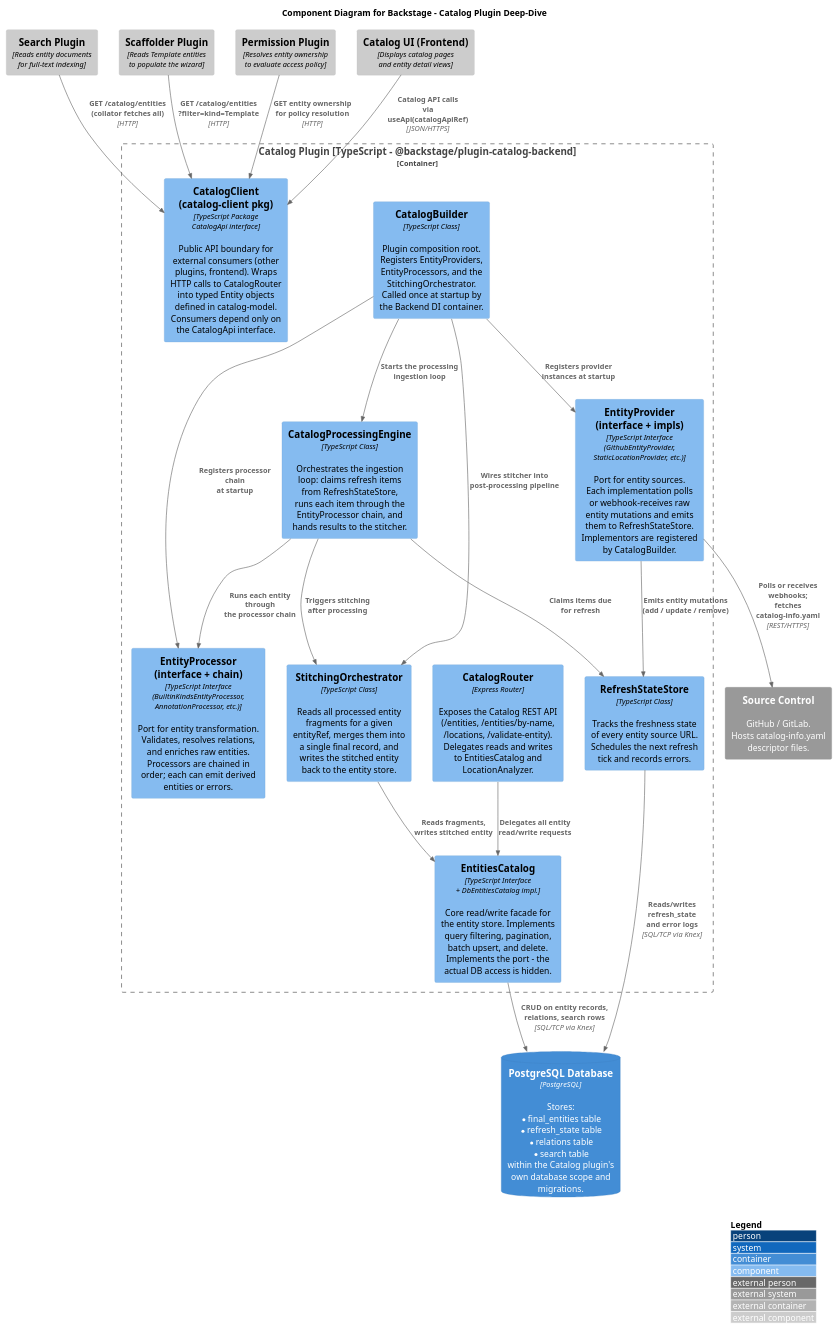
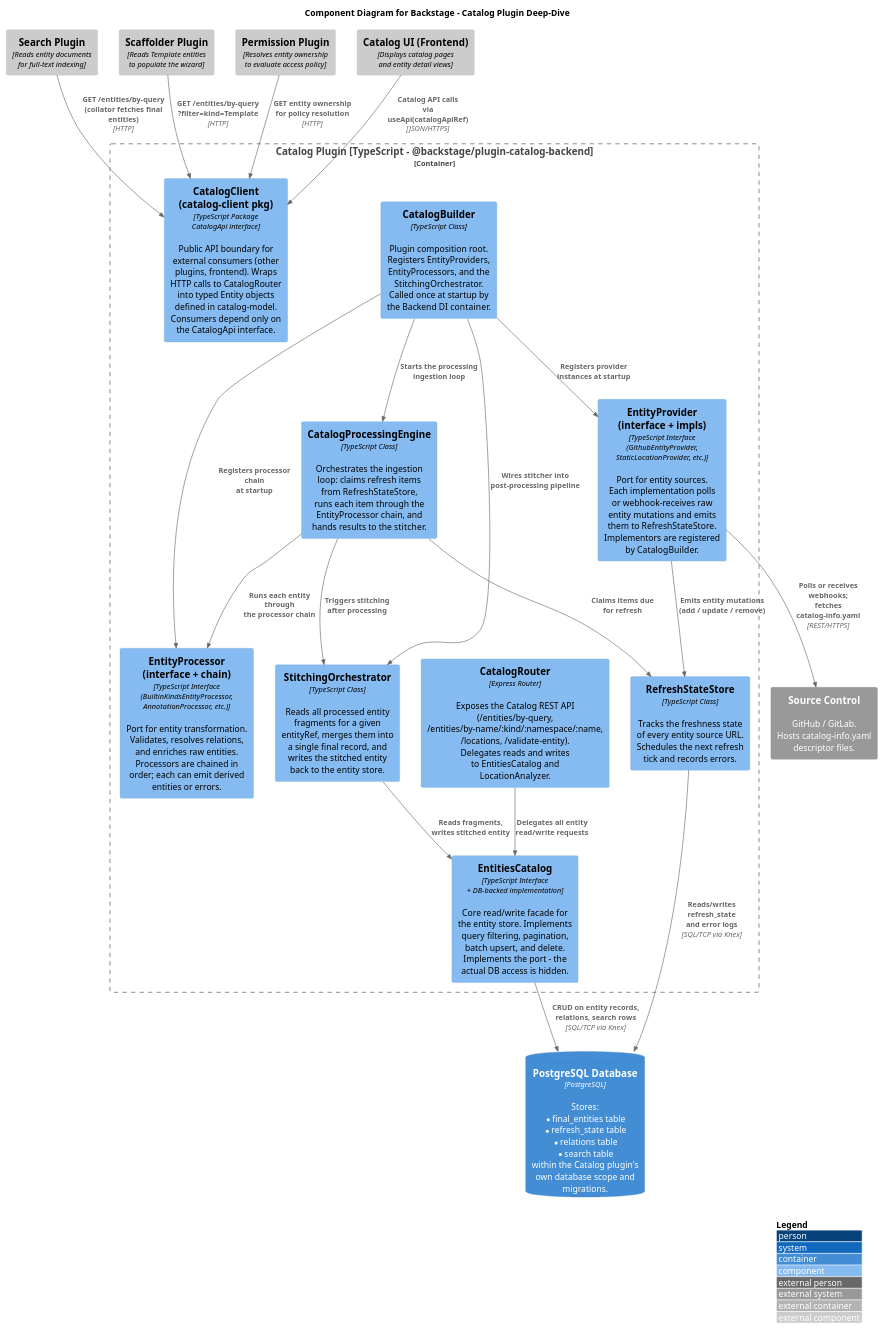
Before and after one commit to Group06-SwDA/Project: the diagram in notes/architecture/diagrams/component-diagram-catalog-plugin.puml, drawn with PlantUML. The commit also changed 4 other files, not shown here.

Commit message:
chore: minor changes on diagrams

```diff
--- a/notes/architecture/diagrams/component-diagram-catalog-plugin.puml
+++ b/notes/architecture/diagrams/component-diagram-catalog-plugin.puml
@@ -1,60 +1,60 @@
 @startuml component-diagram-catalog-plugin
 !include <c4/C4_Component.puml>
 
 LAYOUT_WITH_LEGEND()
 
 title Component Diagram for Backstage - Catalog Plugin Deep-Dive
 
 Container_Boundary(catalogPlugin, "Catalog Plugin [TypeScript - @backstage/plugin-catalog-backend]") {
 
-    Component(catalogRouter, "CatalogRouter", "Express Router", "Exposes the Catalog REST API\n(/entities, /entities/by-name,\n/locations, /validate-entity).\nDelegates reads and writes\nto EntitiesCatalog and\nLocationAnalyzer.")
+    Component(catalogRouter, "CatalogRouter", "Express Router", "Exposes the Catalog REST API\n(/entities/by-query,\n/entities/by-name/:kind/:namespace/:name,\n/locations, /validate-entity).\nDelegates reads and writes\nto EntitiesCatalog and\nLocationAnalyzer.")
 
     Component(catalogBuilder, "CatalogBuilder", "TypeScript Class", "Plugin composition root.\nRegisters EntityProviders,\nEntityProcessors, and the\nStitchingOrchestrator.\nCalled once at startup by\nthe Backend DI container.")
 
-    Component(entitiesCatalog, "EntitiesCatalog", "TypeScript Interface\n+ DbEntitiesCatalog impl.", "Core read/write facade for\nthe entity store. Implements\nquery filtering, pagination,\nbatch upsert, and delete.\nImplements the port - the\nactual DB access is hidden.")
+    Component(entitiesCatalog, "EntitiesCatalog", "TypeScript Interface\n+ DB-backed implementation", "Core read/write facade for\nthe entity store. Implements\nquery filtering, pagination,\nbatch upsert, and delete.\nImplements the port - the\nactual DB access is hidden.")
 
     Component(refreshStateStore, "RefreshStateStore", "TypeScript Class", "Tracks the freshness state\nof every entity source URL.\nSchedules the next refresh\ntick and records errors.")
 
     Component(catalogProcessingEngine, "CatalogProcessingEngine", "TypeScript Class", "Orchestrates the ingestion\nloop: claims refresh items\nfrom RefreshStateStore,\nruns each item through the\nEntityProcessor chain, and\nhands results to the stitcher.")
 
     Component(entityProvider, "EntityProvider\n(interface + impls)", "TypeScript Interface\n(GithubEntityProvider,\nStaticLocationProvider, etc.)", "Port for entity sources.\nEach implementation polls\nor webhook-receives raw\nentity mutations and emits\nthem to RefreshStateStore.\nImplementors are registered\nby CatalogBuilder.")
 
     Component(entityProcessor, "EntityProcessor\n(interface + chain)", "TypeScript Interface\n(BuiltinKindsEntityProcessor,\nAnnotationProcessor, etc.)", "Port for entity transformation.\nValidates, resolves relations,\nand enriches raw entities.\nProcessors are chained in\norder; each can emit derived\nentities or errors.")
 
     Component(stitchingOrchestrator, "StitchingOrchestrator", "TypeScript Class", "Reads all processed entity\nfragments for a given\nentityRef, merges them into\na single final record, and\nwrites the stitched entity\nback to the entity store.")
 
     Component(catalogClient, "CatalogClient\n(catalog-client pkg)", "TypeScript Package\nCatalogApi interface", "Public API boundary for\nexternal consumers (other\nplugins, frontend). Wraps\nHTTP calls to CatalogRouter\ninto typed Entity objects\ndefined in catalog-model.\nConsumers depend only on\nthe CatalogApi interface.")
 }
 
 ContainerDb(postgres, "PostgreSQL Database", "PostgreSQL", "Stores:\n* final_entities table\n* refresh_state table\n* relations table\n* search table\nwithin the Catalog plugin's\nown database scope and\nmigrations.")
 
 System_Ext(sourceControl, "Source Control", "GitHub / GitLab.\nHosts catalog-info.yaml\ndescriptor files.")
 
 Component_Ext(searchPlugin, "Search Plugin", "Reads entity documents\nfor full-text indexing")
 Component_Ext(scaffolderPlugin, "Scaffolder Plugin", "Reads Template entities\nto populate the wizard")
 Component_Ext(permissionPlugin, "Permission Plugin", "Resolves entity ownership\nto evaluate access policy")
 Component_Ext(frontendCatalogUI, "Catalog UI (Frontend)", "Displays catalog pages\nand entity detail views")
 
 Rel(catalogRouter, entitiesCatalog, "Delegates all entity\nread/write requests")
 Rel(catalogBuilder, entityProvider, "Registers provider\ninstances at startup")
 Rel(catalogBuilder, entityProcessor, "Registers processor chain\nat startup")
 Rel(catalogBuilder, catalogProcessingEngine, "Starts the processing\ningestion loop")
 Rel(catalogBuilder, stitchingOrchestrator, "Wires stitcher into\npost-processing pipeline")
 
 Rel(catalogProcessingEngine, refreshStateStore, "Claims items due\nfor refresh")
 Rel(catalogProcessingEngine, entityProcessor, "Runs each entity through\nthe processor chain")
 Rel(catalogProcessingEngine, stitchingOrchestrator, "Triggers stitching\nafter processing")
 
 Rel(entityProvider, refreshStateStore, "Emits entity mutations\n(add / update / remove)")
 Rel(entityProvider, sourceControl, "Polls or receives webhooks;\nfetches catalog-info.yaml", "REST/HTTPS")
 
 Rel(stitchingOrchestrator, entitiesCatalog, "Reads fragments,\nwrites stitched entity")
 Rel(entitiesCatalog, postgres, "CRUD on entity records,\nrelations, search rows", "SQL/TCP via Knex")
 Rel(refreshStateStore, postgres, "Reads/writes refresh_state\nand error logs", "SQL/TCP via Knex")
 
-Rel(searchPlugin, catalogClient, "GET /catalog/entities\n(collator fetches all)", "HTTP")
-Rel(scaffolderPlugin, catalogClient, "GET /catalog/entities\n?filter=kind=Template", "HTTP")
+Rel(searchPlugin, catalogClient, "GET /entities/by-query\n(collator fetches final entities)", "HTTP")
+Rel(scaffolderPlugin, catalogClient, "GET /entities/by-query\n?filter=kind=Template", "HTTP")
 Rel(permissionPlugin, catalogClient, "GET entity ownership\nfor policy resolution", "HTTP")
 Rel(frontendCatalogUI, catalogClient, "Catalog API calls\nvia useApi(catalogApiRef)", "JSON/HTTPS")
 
 @enduml
```
